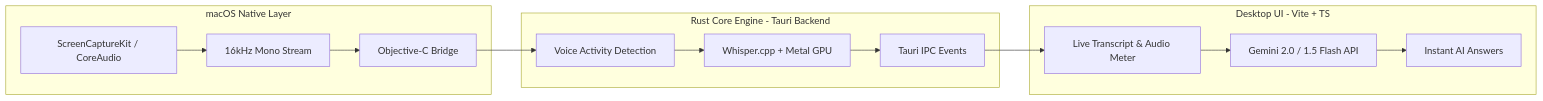
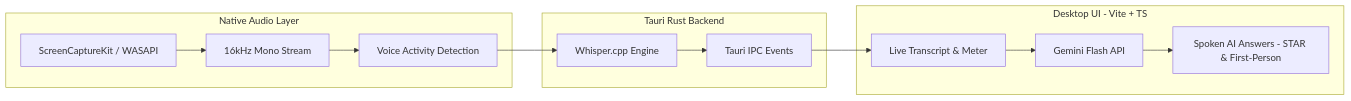
The diagram in README.md (Umar-fr/Interview-Buddy), drawn with Mermaid before and after one commit. The commit also changed other lines of this file and 12 other files, not shown here.

````diff
--- a/README.md
+++ b/README.md
@@ -38,19 +72,18 @@
 ```mermaid
 flowchart LR
-    subgraph AudioEngine [macOS Native Layer]
-        SCK[ScreenCaptureKit / CoreAudio] --> Resample[16kHz Mono Stream]
-        Resample --> FFI[Objective-C Bridge]
+    subgraph AudioEngine [Native Audio Layer]
+        SCK[ScreenCaptureKit / WASAPI] --> Resample[16kHz Mono Stream]
+        Resample --> VAD[Voice Activity Detection]
     end
 
-    subgraph RustCore [Rust Core Engine - Tauri Backend]
-        FFI --> VAD[Voice Activity Detection]
-        VAD --> Whisper[Whisper.cpp + Metal GPU]
+    subgraph RustCore [Tauri Rust Backend]
+        VAD --> Whisper[Whisper.cpp Engine]
         Whisper --> Events[Tauri IPC Events]
     end
 
     subgraph FrontendApp [Desktop UI - Vite + TS]
-        Events --> LiveUI[Live Transcript & Audio Meter]
-        LiveUI --> Gemini[Gemini 2.0 / 1.5 Flash API]
-        Gemini --> Answers[Instant AI Answers]
+        Events --> LiveUI[Live Transcript & Meter]
+        LiveUI --> Gemini[Gemini Flash API]
+        Gemini --> Answers[Spoken AI Answers - STAR & First-Person]
     end
 ```
````
